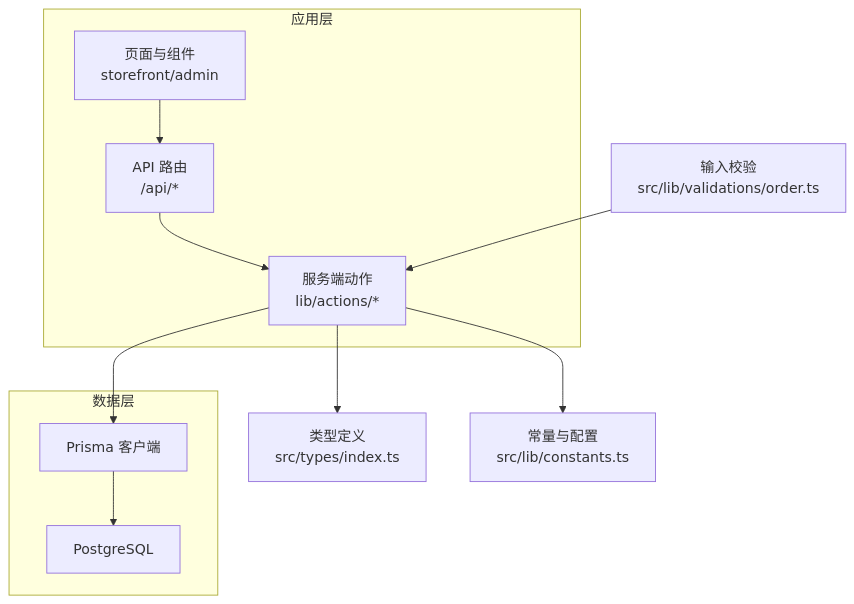
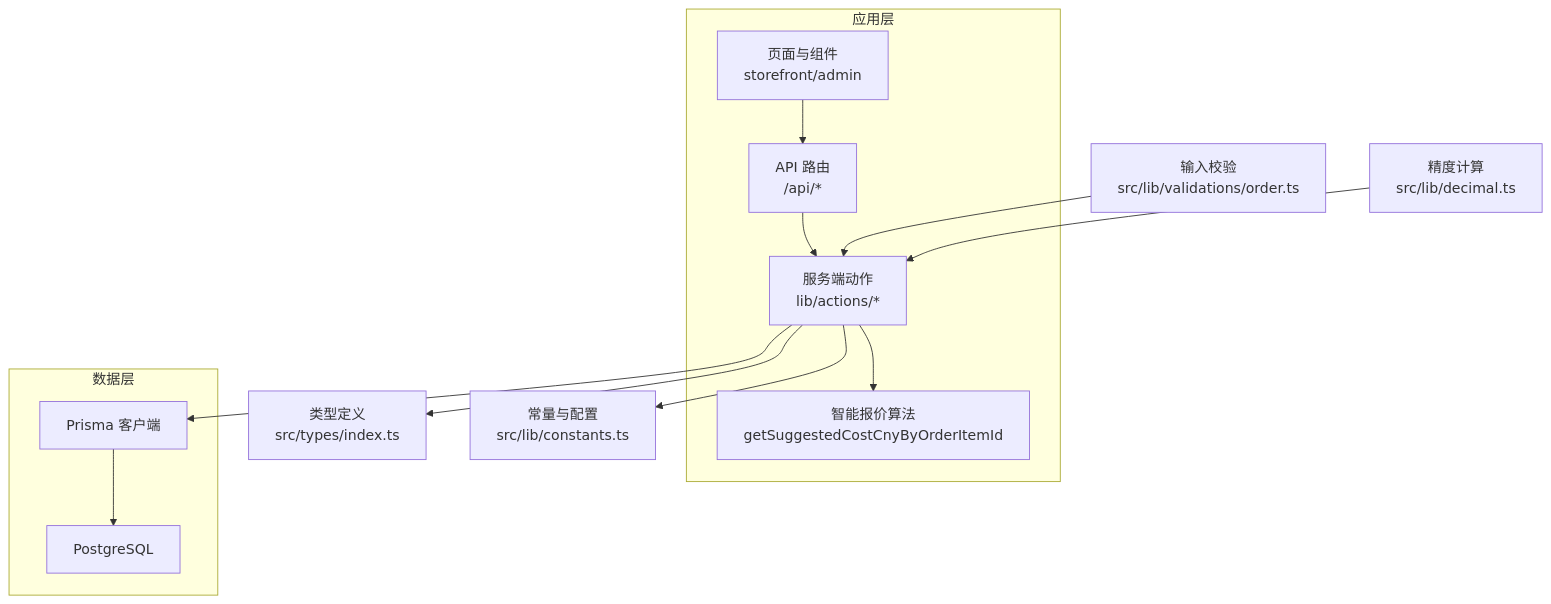
The first of 9 diagrams in .qoder/repowiki/zh/content/管理后台系统/订单管理系统.md (three3638-arch/celestia_2b), drawn with Mermaid before and after one commit. The commit also changed other lines of this file and 8 other files, not shown here.

````diff
--- a/.qoder/repowiki/zh/content/管理后台系统/订单管理系统.md
+++ b/.qoder/repowiki/zh/content/管理后台系统/订单管理系统.md
@@ -34,22 +39,26 @@
 ```mermaid
 graph TB
 subgraph "应用层"
 UI["页面与组件<br/>storefront/admin"]
 API["API 路由<br/>/api/*"]
 ACTIONS["服务端动作<br/>lib/actions/*"]
+ENDQUOTE["智能报价算法<br/>getSuggestedCostCnyByOrderItemId"]
 end
 subgraph "数据层"
 PRISMA["Prisma 客户端"]
 DB["PostgreSQL"]
 end
 TYPES["类型定义<br/>src/types/index.ts"]
 CONST["常量与配置<br/>src/lib/constants.ts"]
 VALID["输入校验<br/>src/lib/validations/order.ts"]
+DECIMAL["精度计算<br/>src/lib/decimal.ts"]
 UI --> API
 API --> ACTIONS
+ACTIONS --> ENDQUOTE
 ACTIONS --> PRISMA
 PRISMA --> DB
 ACTIONS --> TYPES
 ACTIONS --> CONST
 VALID --> ACTIONS
+DECIMAL --> ACTIONS
 ```
````
